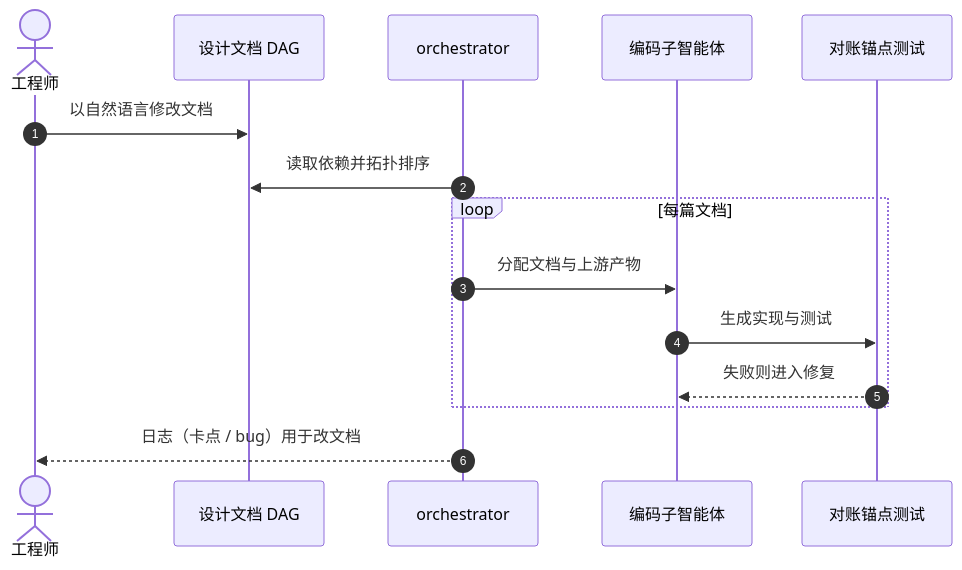
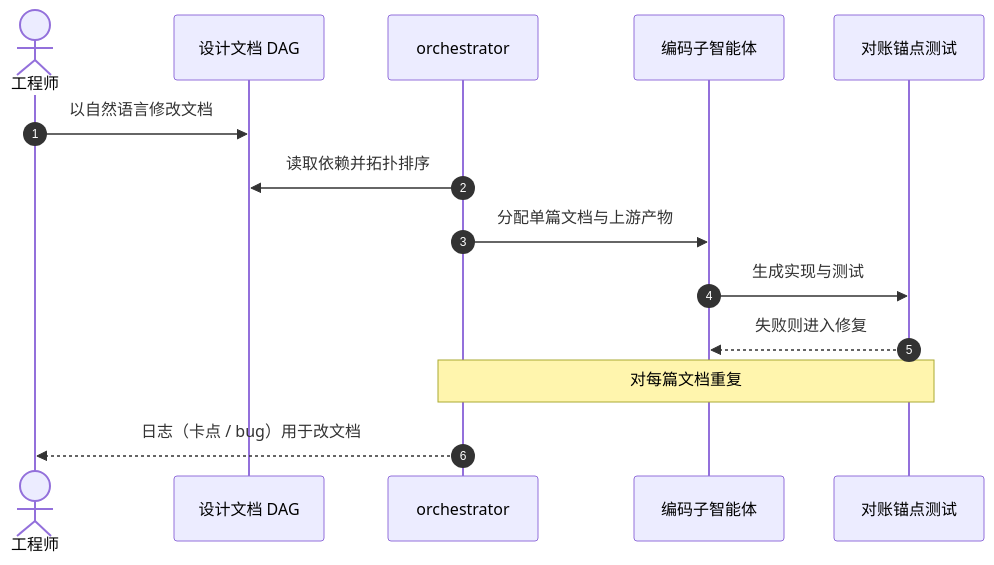
One commit to ImChong/Robotics_Notebooks changed the second of 2 diagrams in wiki/entities/paper-smart-design-docs-ai-native-performance-model.md. Above: the diagram before and after it, drawn with Mermaid. The commit also changed 5 other files, not shown here.

````diff
--- a/wiki/entities/paper-smart-design-docs-ai-native-performance-model.md
+++ b/wiki/entities/paper-smart-design-docs-ai-native-performance-model.md
@@ -77,17 +77,16 @@
 ```mermaid
 sequenceDiagram
     autonumber
     actor Eng as 工程师
     participant Docs as 设计文档 DAG
     participant Orc as orchestrator
     participant Agent as 编码子智能体
     participant Test as 对账锚点测试
     Eng->>Docs: 以自然语言修改文档
     Orc->>Docs: 读取依赖并拓扑排序
-    loop 每篇文档
-        Orc->>Agent: 分配文档与上游产物
-        Agent->>Test: 生成实现与测试
-        Test-->>Agent: 失败则进入修复
-    end
+    Orc->>Agent: 分配单篇文档与上游产物
+    Agent->>Test: 生成实现与测试
+    Test-->>Agent: 失败则进入修复
+    Note over Orc,Test: 对每篇文档重复
     Orc-->>Eng: 日志（卡点 / bug）用于改文档
 ```
````
